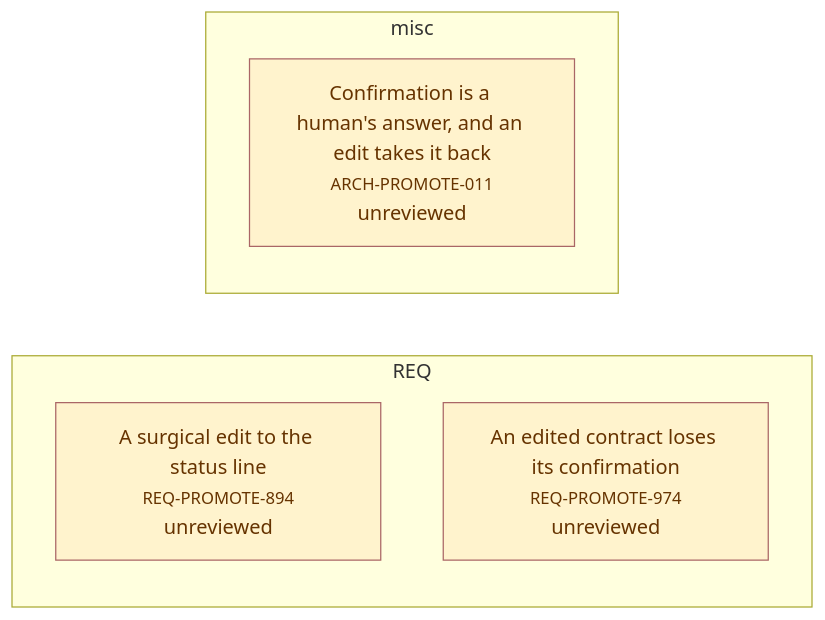
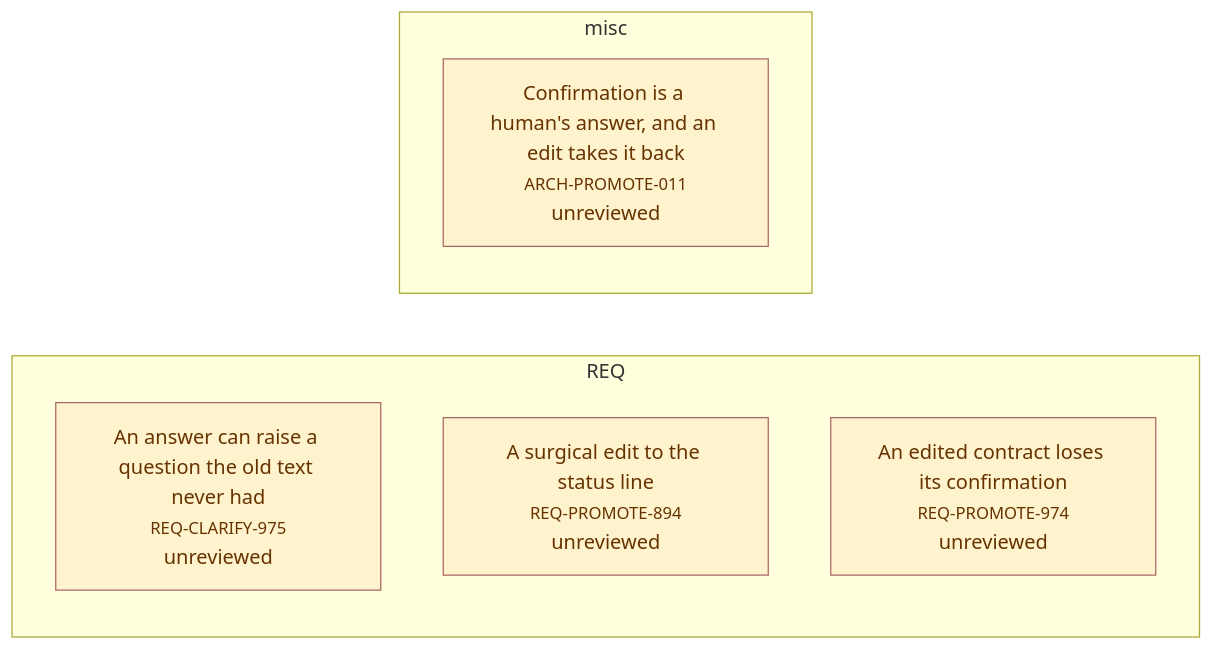
The fifth of 5 diagrams in plugin/requirements/_map.md (alxmax/Requirement-manager), drawn with Mermaid before and after one commit. The commit also changed other lines of this file and 8 other files, not shown here.

````diff
--- a/plugin/requirements/_map.md
+++ b/plugin/requirements/_map.md
@@ -954,13 +955,15 @@
 ```mermaid
 graph LR
   subgraph sg_REQ["REQ"]
+    REQ_CLARIFY_975["An answer can raise a question the old text never had<br><small>REQ-CLARIFY-975</small><br>unreviewed"]
     REQ_PROMOTE_894["A surgical edit to the status line<br><small>REQ-PROMOTE-894</small><br>unreviewed"]
     REQ_PROMOTE_974["An edited contract loses its confirmation<br><small>REQ-PROMOTE-974</small><br>unreviewed"]
   end
   subgraph sg_misc["misc"]
     ARCH_PROMOTE_011["Confirmation is a human's answer, and an edit takes it back<br><small>ARCH-PROMOTE-011</small><br>unreviewed"]
   end
+  style REQ_CLARIFY_975 fill:#fff3cd,stroke:#a66,color:#630
   style ARCH_PROMOTE_011 fill:#fff3cd,stroke:#a66,color:#630
   style REQ_PROMOTE_894 fill:#fff3cd,stroke:#a66,color:#630
   style REQ_PROMOTE_974 fill:#fff3cd,stroke:#a66,color:#630
 ```
````
